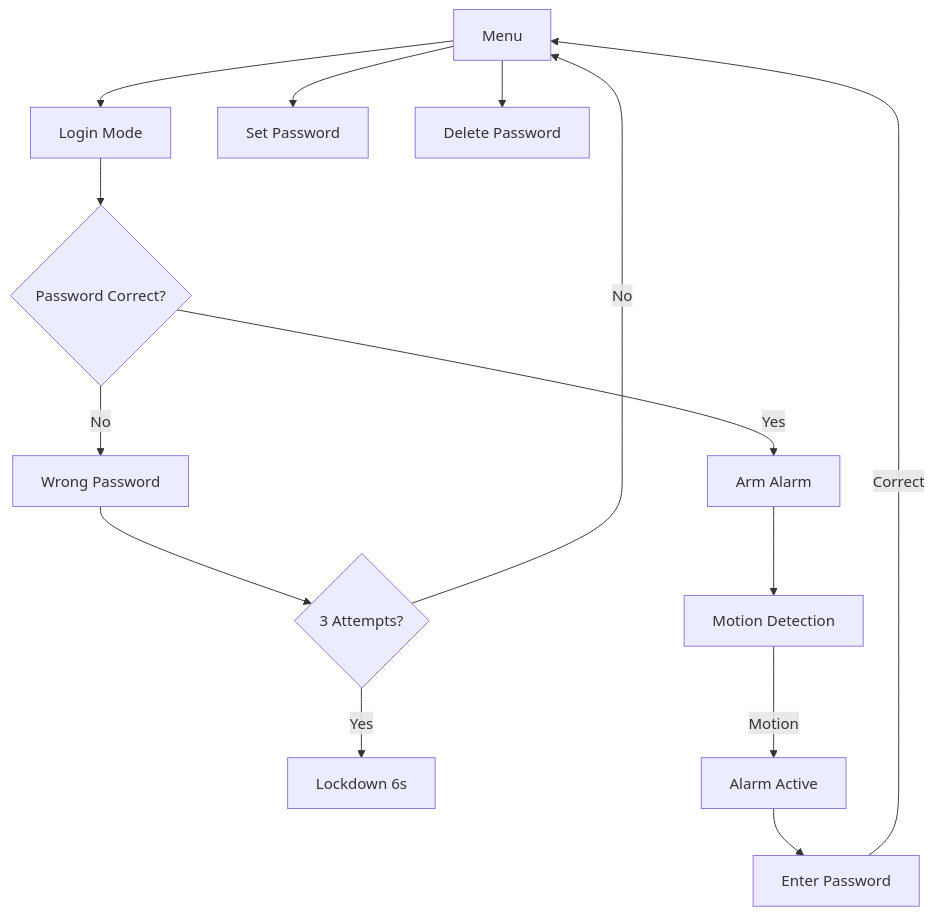
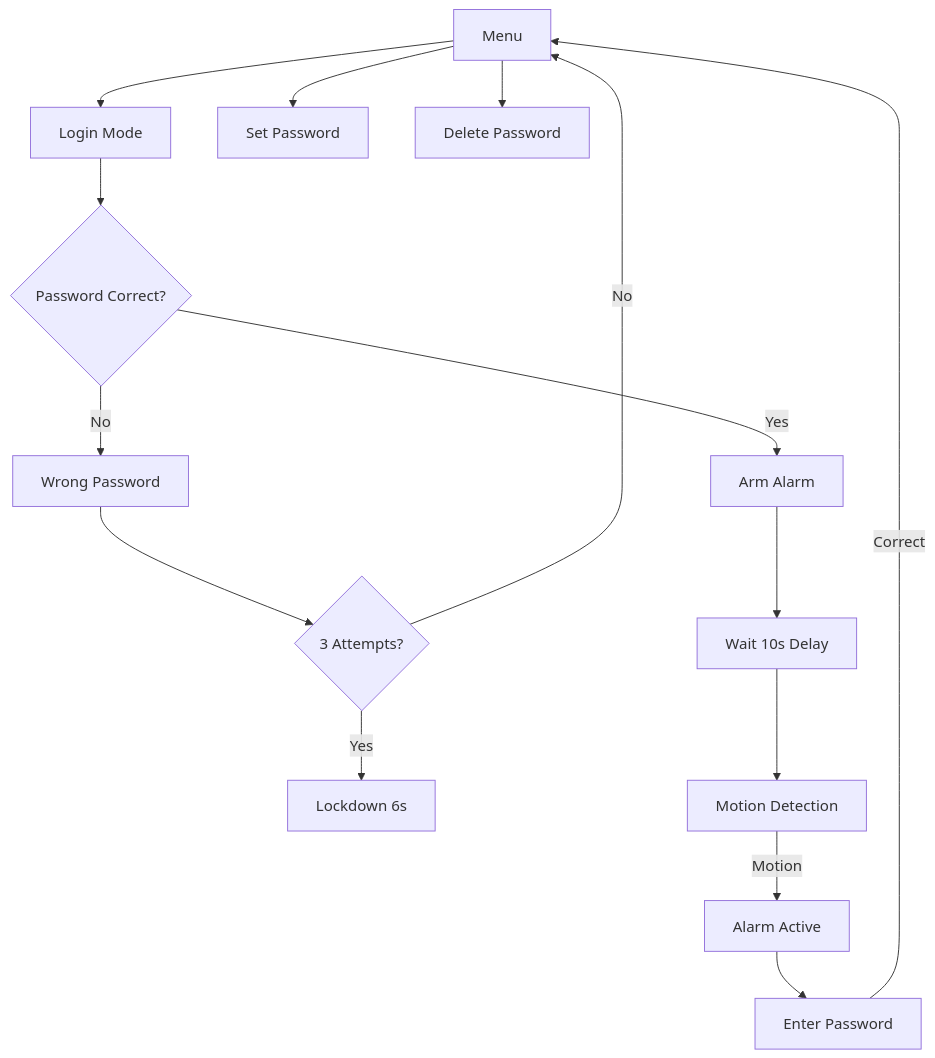
The diagram in README.md (utkualtintug/SecurePico), drawn with Mermaid before and after one commit. The commit also changed other lines of this file, not shown here.

````diff
--- a/README.md
+++ b/README.md
@@ -169,16 +193,17 @@
 ```mermaid
 graph TD
-    A[Menu] --> B[Login Mode]
+A[Menu] --> B[Login Mode]
     A --> C[Set Password]
     A --> D[Delete Password]
     B --> E{Password Correct?}
     E -->|Yes| F[Arm Alarm]
     E -->|No| G[Wrong Password]
     G --> H{3 Attempts?}
     H -->|Yes| I[Lockdown 6s]
     H -->|No| A
-    F --> J[Motion Detection]
-    J -->|Motion| K[Alarm Active]
-    K --> L[Enter Password]
-    L -->|Correct| A
+    F --> J[Wait 10s Delay]
+    J --> K[Motion Detection]
+    K -->|Motion| L[Alarm Active]
+    L --> M[Enter Password]
+    M -->|Correct| A
 ```
````
